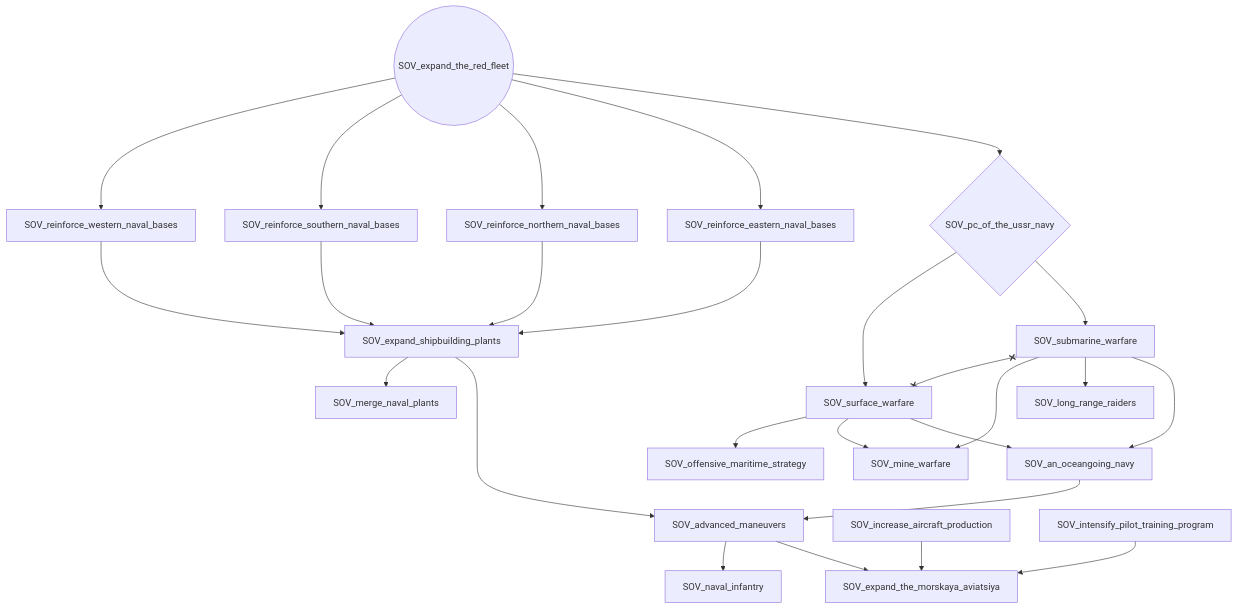
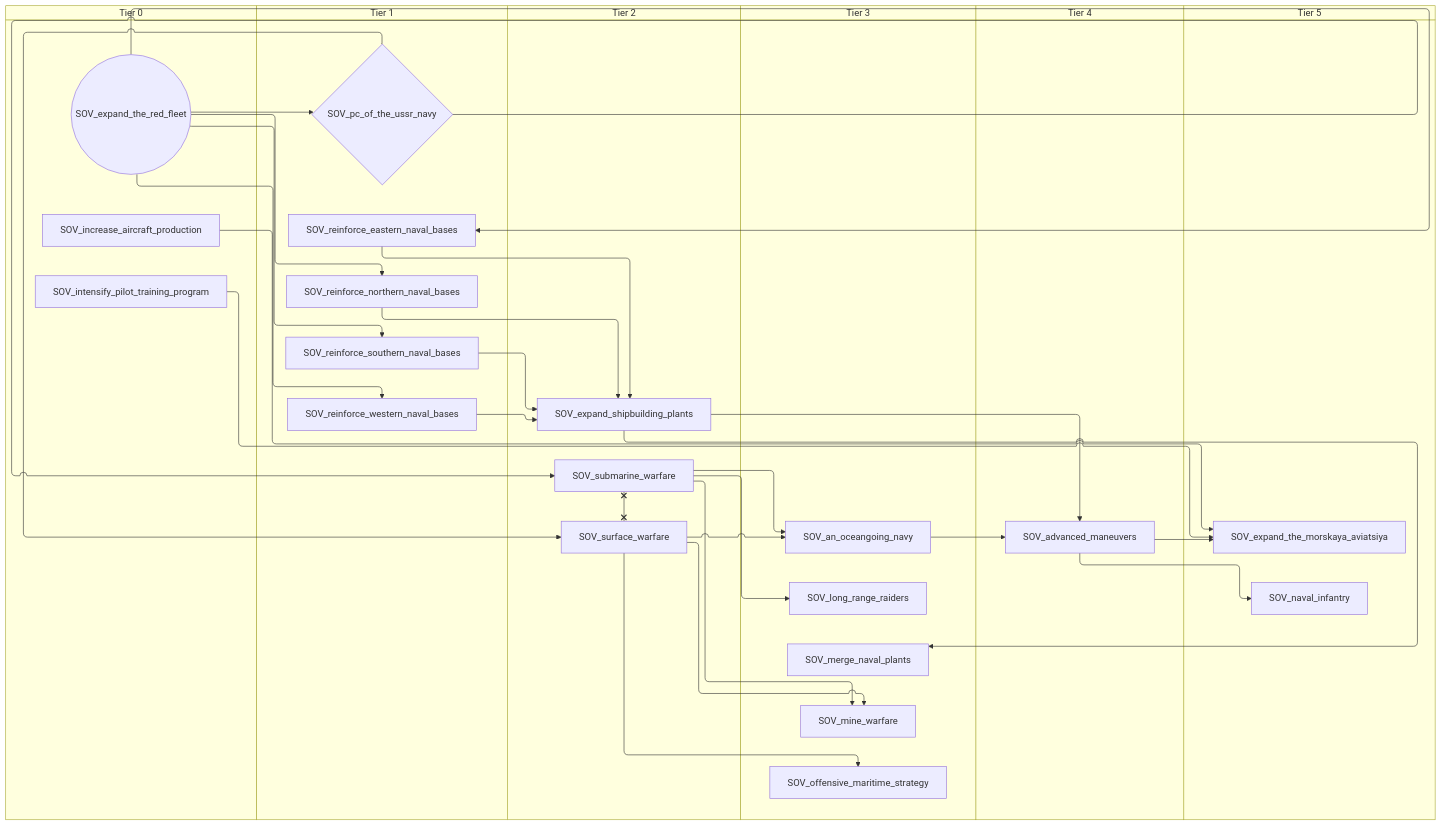
The second of 8 diagrams in docs/gdd/National Focuses/soviet.md (evgeny-sobol/hoi4-sandbox-mode), drawn with Mermaid before and after one commit. The commit also changed other lines of this file and 80 other files, not shown here.

First line of the commit message:
Add swimlane mode to focus graph exporter

````diff
--- a/docs/gdd/National Focuses/soviet.md
+++ b/docs/gdd/National Focuses/soviet.md
@@ -168,47 +200,59 @@
 ```mermaid
-flowchart TD
-    n67["SOV_advanced_maneuvers"]
-    n68["SOV_an_oceangoing_navy"]
-    n69["SOV_expand_shipbuilding_plants"]
-    n70["SOV_expand_the_morskaya_aviatsiya"]
-    n71(("SOV_expand_the_red_fleet"))
-    n72["SOV_increase_aircraft_production"]
-    n73["SOV_intensify_pilot_training_program"]
-    n74["SOV_long_range_raiders"]
-    n75["SOV_merge_naval_plants"]
-    n76["SOV_mine_warfare"]
-    n77["SOV_naval_infantry"]
-    n78["SOV_offensive_maritime_strategy"]
-    n79{"SOV_pc_of_the_ussr_navy"}
-    n80["SOV_reinforce_eastern_naval_bases"]
-    n81["SOV_reinforce_northern_naval_bases"]
-    n82["SOV_reinforce_southern_naval_bases"]
-    n83["SOV_reinforce_western_naval_bases"]
-    n84["SOV_submarine_warfare"]
-    n85["SOV_surface_warfare"]
-    n69 --> n67
-    n68 --> n67
-    n85 --> n68
-    n84 --> n68
-    n83 --> n69
-    n81 --> n69
-    n82 --> n69
-    n80 --> n69
-    n72 --> n70
-    n73 --> n70
+swimlane-beta TD
+    subgraph tier_0["Tier 0"]
+        n67(("SOV_expand_the_red_fleet"))
+        n68["SOV_increase_aircraft_production"]
+        n69["SOV_intensify_pilot_training_program"]
+    end
+    subgraph tier_1["Tier 1"]
+        n70{"SOV_pc_of_the_ussr_navy"}
+        n71["SOV_reinforce_eastern_naval_bases"]
+        n72["SOV_reinforce_northern_naval_bases"]
+        n73["SOV_reinforce_southern_naval_bases"]
+        n74["SOV_reinforce_western_naval_bases"]
+    end
+    subgraph tier_2["Tier 2"]
+        n75["SOV_expand_shipbuilding_plants"]
+        n76["SOV_submarine_warfare"]
+        n77["SOV_surface_warfare"]
+    end
+    subgraph tier_3["Tier 3"]
+        n78["SOV_an_oceangoing_navy"]
+        n79["SOV_long_range_raiders"]
+        n80["SOV_merge_naval_plants"]
+        n81["SOV_mine_warfare"]
+        n82["SOV_offensive_maritime_strategy"]
+    end
+    subgraph tier_4["Tier 4"]
+        n83["SOV_advanced_maneuvers"]
+    end
+    subgraph tier_5["Tier 5"]
+        n84["SOV_expand_the_morskaya_aviatsiya"]
+        n85["SOV_naval_infantry"]
+    end
+    n75 --> n83
+    n78 --> n83
+    n77 --> n78
+    n76 --> n78
+    n74 --> n75
+    n72 --> n75
+    n73 --> n75
+    n71 --> n75
+    n68 --> n84
+    n69 --> n84
+    n83 --> n84
+    n76 --> n79
+    n75 --> n80
+    n77 --> n81
+    n76 --> n81
+    n83 --> n85
+    n77 --> n82
     n67 --> n70
-    n84 --> n74
-    n69 --> n75
-    n85 --> n76
-    n84 --> n76
-    n67 --> n77
-    n85 --> n78
-    n71 --> n79
-    n71 --> n80
-    n71 --> n81
-    n71 --> n82
-    n71 --> n83
-    n79 --> n84
-    n79 --> n85
-    n84 x--x n85
+    n67 --> n71
+    n67 --> n72
+    n67 --> n73
+    n67 --> n74
+    n70 --> n76
+    n70 --> n77
+    n76 x--x n77
 ```
````
